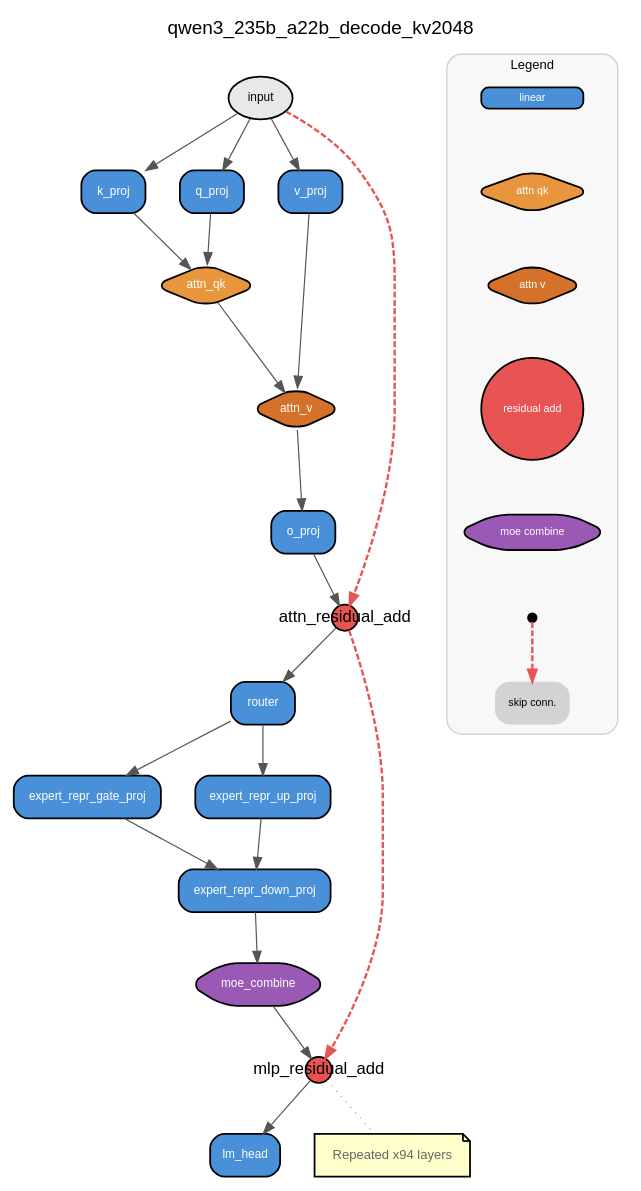
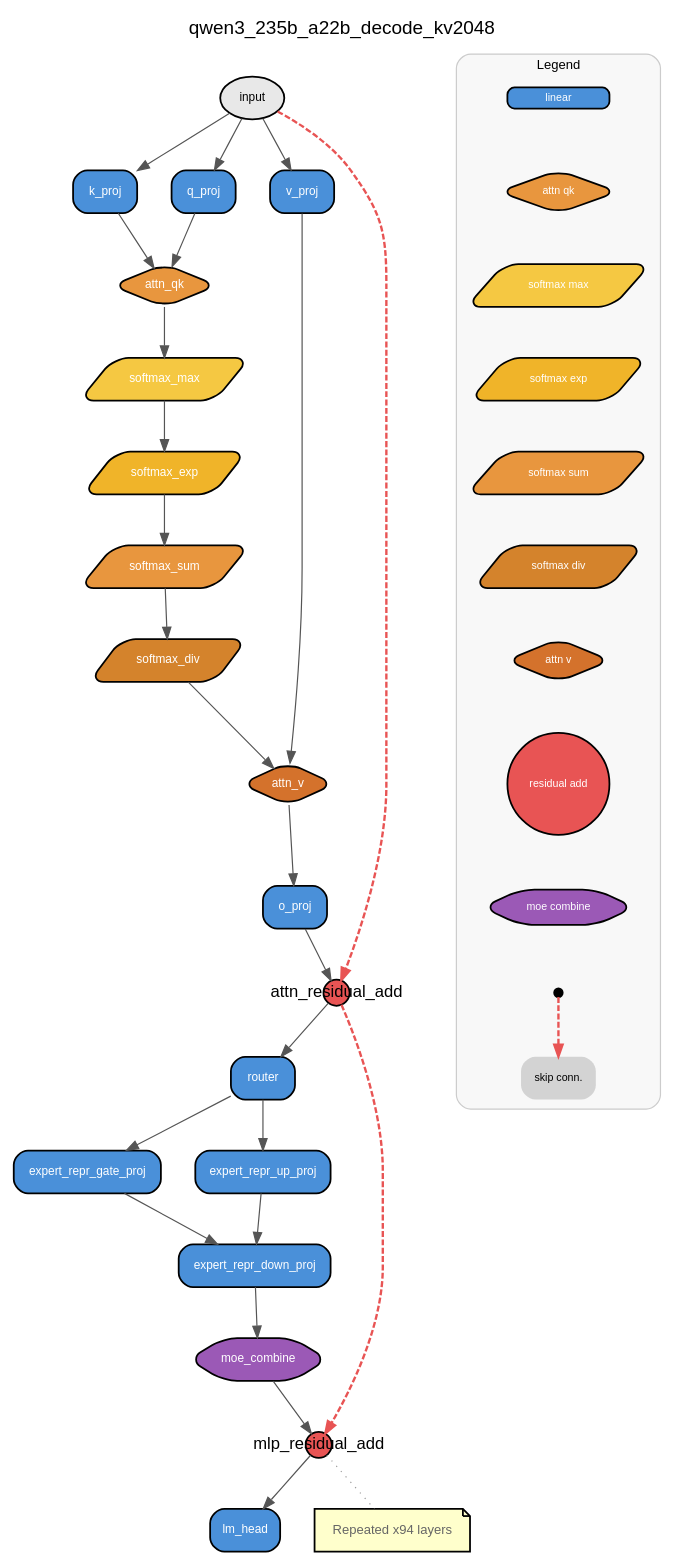
The diagram in dag_workloads/qwen3_235b_a22b_decode_kv2048/DAG.dot (Allenjin123/pytorch2timeloop-converter), drawn with Graphviz before and after one commit. The commit also changed 25 other files, not shown here.

```diff
--- a/dag_workloads/qwen3_235b_a22b_decode_kv2048/DAG.dot
+++ b/dag_workloads/qwen3_235b_a22b_decode_kv2048/DAG.dot
@@ -1,72 +1,84 @@
 digraph G {
   label="qwen3_235b_a22b_decode_kv2048";
   labelloc="t";
   fontsize=16;
   fontname="Helvetica";
   rankdir=TB;
   nodesep=0.4;
   ranksep=0.6;
   node [fontname="Helvetica", fontsize=10, style="filled,rounded", penwidth=1.5];
   edge [fontname="Helvetica", fontsize=8, color="#555555"];
 
   { rank=same; "layer0_k_proj" "layer0_q_proj" "layer0_v_proj" }
   { rank=same; "layer0_expert_repr_gate_proj" "layer0_expert_repr_up_proj" }
 
   "layer0_input" [label="input", shape=ellipse, fillcolor="#E8E8E8", style="filled"];
   "layer0_k_proj" [label="k_proj", shape=box, fillcolor="#4A90D9", fontcolor="white"];
   "layer0_q_proj" [label="q_proj", shape=box, fillcolor="#4A90D9", fontcolor="white"];
   "layer0_attn_qk" [label="attn_qk", shape=diamond, fillcolor="#E8963E", fontcolor="white"];
+  "layer0_softmax_max" [label="softmax_max", shape=parallelogram, fillcolor="#F5C842", fontcolor="white"];
+  "layer0_softmax_exp" [label="softmax_exp", shape=parallelogram, fillcolor="#F0B429", fontcolor="white"];
+  "layer0_softmax_sum" [label="softmax_sum", shape=parallelogram, fillcolor="#E8963E", fontcolor="white"];
+  "layer0_softmax_div" [label="softmax_div", shape=parallelogram, fillcolor="#D4832C", fontcolor="white"];
   "layer0_v_proj" [label="v_proj", shape=box, fillcolor="#4A90D9", fontcolor="white"];
   "layer0_attn_v" [label="attn_v", shape=diamond, fillcolor="#D4722C", fontcolor="white"];
   "layer0_o_proj" [label="o_proj", shape=box, fillcolor="#4A90D9", fontcolor="white"];
   "layer0_attn_residual_add" [label="attn_residual_add", shape=circle, fillcolor="#E85454", width=0.3, height=0.3, fixedsize=true, fontsize=14];
   "layer0_router" [label="router", shape=box, fillcolor="#4A90D9", fontcolor="white"];
   "layer0_expert_repr_gate_proj" [label="expert_repr_gate_proj", shape=box, fillcolor="#4A90D9", fontcolor="white"];
   "layer0_expert_repr_up_proj" [label="expert_repr_up_proj", shape=box, fillcolor="#4A90D9", fontcolor="white"];
   "layer0_expert_repr_down_proj" [label="expert_repr_down_proj", shape=box, fillcolor="#4A90D9", fontcolor="white"];
   "layer0_moe_combine" [label="moe_combine", shape=hexagon, fillcolor="#9B59B6", fontcolor="white"];
   "layer0_mlp_residual_add" [label="mlp_residual_add", shape=circle, fillcolor="#E85454", width=0.3, height=0.3, fixedsize=true, fontsize=14];
   "lm_head" [label="lm_head", shape=box, fillcolor="#4A90D9", fontcolor="white"];
 
   "layer0_input" -> "layer0_q_proj" [style=solid, color="#555555", penwidth=1.0];
   "layer0_input" -> "layer0_k_proj" [style=solid, color="#555555", penwidth=1.0];
   "layer0_input" -> "layer0_v_proj" [style=solid, color="#555555", penwidth=1.0];
   "layer0_q_proj" -> "layer0_attn_qk" [style=solid, color="#555555", penwidth=1.0];
   "layer0_k_proj" -> "layer0_attn_qk" [style=solid, color="#555555", penwidth=1.0];
-  "layer0_attn_qk" -> "layer0_attn_v" [style=solid, color="#555555", penwidth=1.0];
+  "layer0_attn_qk" -> "layer0_softmax_max" [style=solid, color="#555555", penwidth=1.0];
+  "layer0_softmax_max" -> "layer0_softmax_exp" [style=solid, color="#555555", penwidth=1.0];
+  "layer0_softmax_exp" -> "layer0_softmax_sum" [style=solid, color="#555555", penwidth=1.0];
+  "layer0_softmax_sum" -> "layer0_softmax_div" [style=solid, color="#555555", penwidth=1.0];
+  "layer0_softmax_div" -> "layer0_attn_v" [style=solid, color="#555555", penwidth=1.0];
   "layer0_v_proj" -> "layer0_attn_v" [style=solid, color="#555555", penwidth=1.0];
   "layer0_attn_v" -> "layer0_o_proj" [style=solid, color="#555555", penwidth=1.0];
   "layer0_o_proj" -> "layer0_attn_residual_add" [style=solid, color="#555555", penwidth=1.0];
   "layer0_input" -> "layer0_attn_residual_add" [style=dashed, color="#E85454", penwidth=2.0];
   "layer0_attn_residual_add" -> "layer0_router" [style=solid, color="#555555", penwidth=1.0];
   "layer0_router" -> "layer0_expert_repr_gate_proj" [style=solid, color="#555555", penwidth=1.0];
   "layer0_router" -> "layer0_expert_repr_up_proj" [style=solid, color="#555555", penwidth=1.0];
   "layer0_expert_repr_gate_proj" -> "layer0_expert_repr_down_proj" [style=solid, color="#555555", penwidth=1.0];
   "layer0_expert_repr_up_proj" -> "layer0_expert_repr_down_proj" [style=solid, color="#555555", penwidth=1.0];
   "layer0_expert_repr_down_proj" -> "layer0_moe_combine" [style=solid, color="#555555", penwidth=1.0];
   "layer0_moe_combine" -> "layer0_mlp_residual_add" [style=solid, color="#555555", penwidth=1.0];
   "layer0_attn_residual_add" -> "layer0_mlp_residual_add" [style=dashed, color="#E85454", penwidth=2.0];
   "layer0_mlp_residual_add" -> "lm_head" [style=solid, color="#555555", penwidth=1.0];
 
   // Repeat block: decoder_layer x94
   "repeat_note" [label="Repeated x94 layers", shape=note, fillcolor="#FFFFCC", style="filled", fontsize=11, fontcolor="#666666"];
   "layer0_mlp_residual_add" -> "repeat_note" [style=dotted, color="#999999", arrowhead=none];
 
   subgraph cluster_legend {
     label="Legend";
     fontsize=11;
     style="rounded";
     color="#CCCCCC";
     bgcolor="#F8F8F8";
     "leg_linear" [label="linear", shape=box, fillcolor="#4A90D9", fontcolor="white", fontsize=9, width=1.2, height=0.25];
     "leg_attn_qk" [label="attn qk", shape=diamond, fillcolor="#E8963E", fontcolor="white", fontsize=9, width=1.2, height=0.25];
+    "leg_softmax_max" [label="softmax max", shape=parallelogram, fillcolor="#F5C842", fontcolor="white", fontsize=9, width=1.2, height=0.25];
+    "leg_softmax_exp" [label="softmax exp", shape=parallelogram, fillcolor="#F0B429", fontcolor="white", fontsize=9, width=1.2, height=0.25];
+    "leg_softmax_sum" [label="softmax sum", shape=parallelogram, fillcolor="#E8963E", fontcolor="white", fontsize=9, width=1.2, height=0.25];
+    "leg_softmax_div" [label="softmax div", shape=parallelogram, fillcolor="#D4832C", fontcolor="white", fontsize=9, width=1.2, height=0.25];
     "leg_attn_v" [label="attn v", shape=diamond, fillcolor="#D4722C", fontcolor="white", fontsize=9, width=1.2, height=0.25];
     "leg_residual_add" [label="residual add", shape=circle, fillcolor="#E85454", fontcolor="white", fontsize=9, width=1.2, height=0.25];
     "leg_moe_combine" [label="moe combine", shape=hexagon, fillcolor="#9B59B6", fontcolor="white", fontsize=9, width=1.2, height=0.25];
-    "leg_linear" -> "leg_attn_qk" -> "leg_attn_v" -> "leg_residual_add" -> "leg_moe_combine" [style=invis];
+    "leg_linear" -> "leg_attn_qk" -> "leg_softmax_max" -> "leg_softmax_exp" -> "leg_softmax_sum" -> "leg_softmax_div" -> "leg_attn_v" -> "leg_residual_add" -> "leg_moe_combine" [style=invis];
     "leg_skip_src" [label="", shape=point, width=0.1];
     "leg_skip_dst" [label="skip conn.", shape=plaintext, fontsize=9];
     "leg_skip_src" -> "leg_skip_dst" [style=dashed, color="#E85454", penwidth=2.0];
     "leg_moe_combine" -> "leg_skip_src" [style=invis];
   }
 }
```
